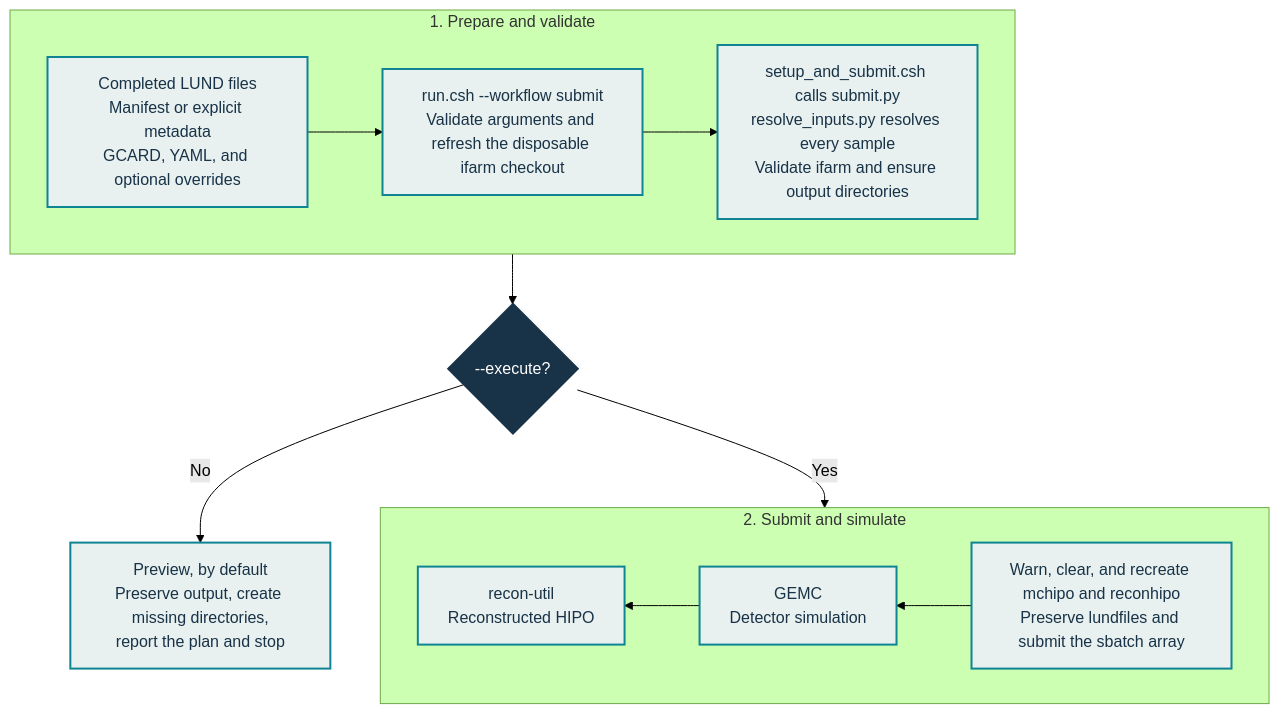
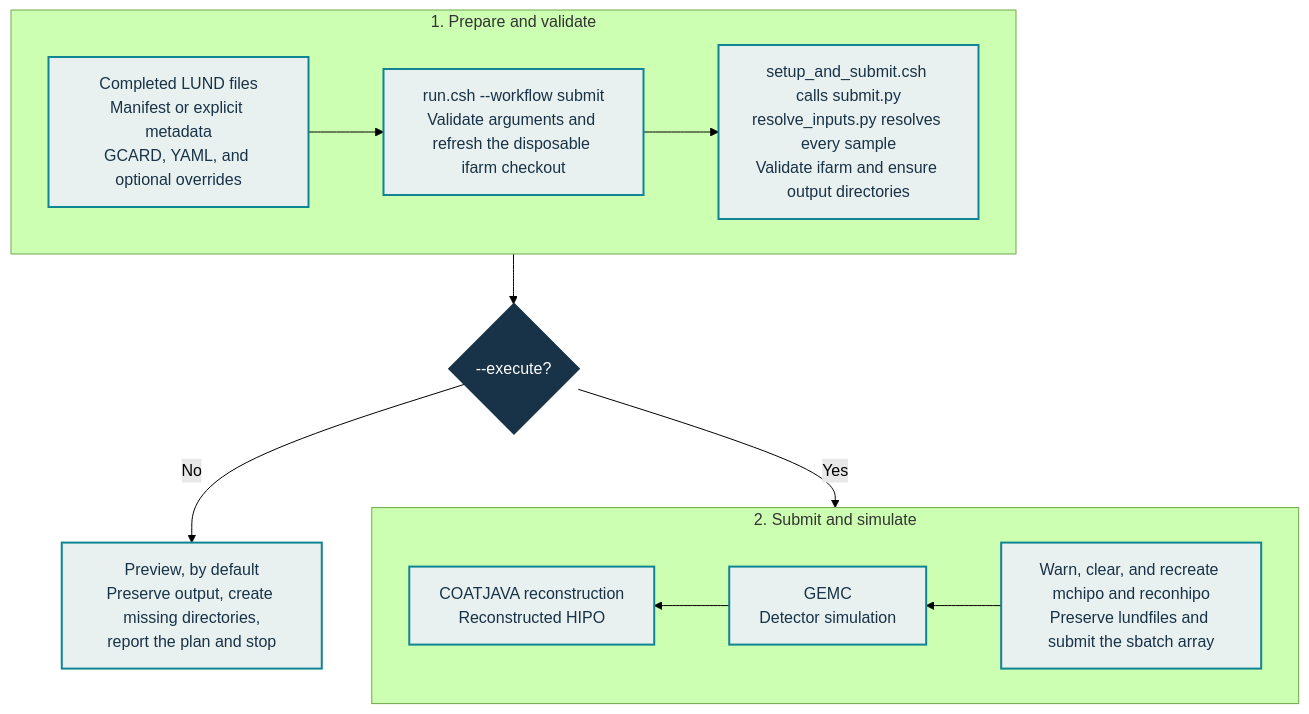
Before and after one commit to alons126/CLAS12-sample-generator: the diagram in docs/submit-simulation/index.md, drawn with Mermaid (forest theme). The commit also changed 5 other files, not shown here.

````diff
--- a/docs/submit-simulation/index.md
+++ b/docs/submit-simulation/index.md
@@ -5,26 +5,26 @@
 ```mermaid
 flowchart TB
     subgraph PREPARE["1. Prepare and validate"]
         direction LR
         INPUTS["Completed LUND files<br/>Manifest or explicit metadata<br/>GCARD, YAML, and optional overrides"] --> ENTRY["run.csh --workflow submit<br/>Validate arguments and refresh the disposable ifarm checkout"]
         ENTRY --> VALIDATE["setup_and_submit.csh calls submit.py<br/>resolve_inputs.py resolves every sample<br/>Validate ifarm and ensure output directories"]
     end
 
     EXECUTE{"--execute?"}
     PREVIEW["Preview, by default<br/>Preserve output, create missing directories,<br/>report the plan and stop"]
 
     subgraph SIMULATE["2. Submit and simulate"]
         direction RL
         SUBMIT["Warn, clear, and recreate mchipo and reconhipo<br/>Preserve lundfiles and submit the sbatch array"] --> GEMC["GEMC<br/>Detector simulation"]
-        GEMC --> RECON["recon-util<br/>Reconstructed HIPO"]
+        GEMC --> RECON["COATJAVA reconstruction<br/>Reconstructed HIPO"]
     end
 
     PREPARE --> EXECUTE
     EXECUTE -->|No| PREVIEW
     EXECUTE -->|Yes| SIMULATE
 
     classDef decision fill:#183247,color:#ffffff,stroke:#183247,stroke-width:2px;
     classDef stage fill:#e8f1ef,color:#183247,stroke:#0f8492,stroke-width:2px;
     class EXECUTE decision;
     class INPUTS,ENTRY,VALIDATE,PREVIEW,SUBMIT,GEMC,RECON stage;
 ```
````
